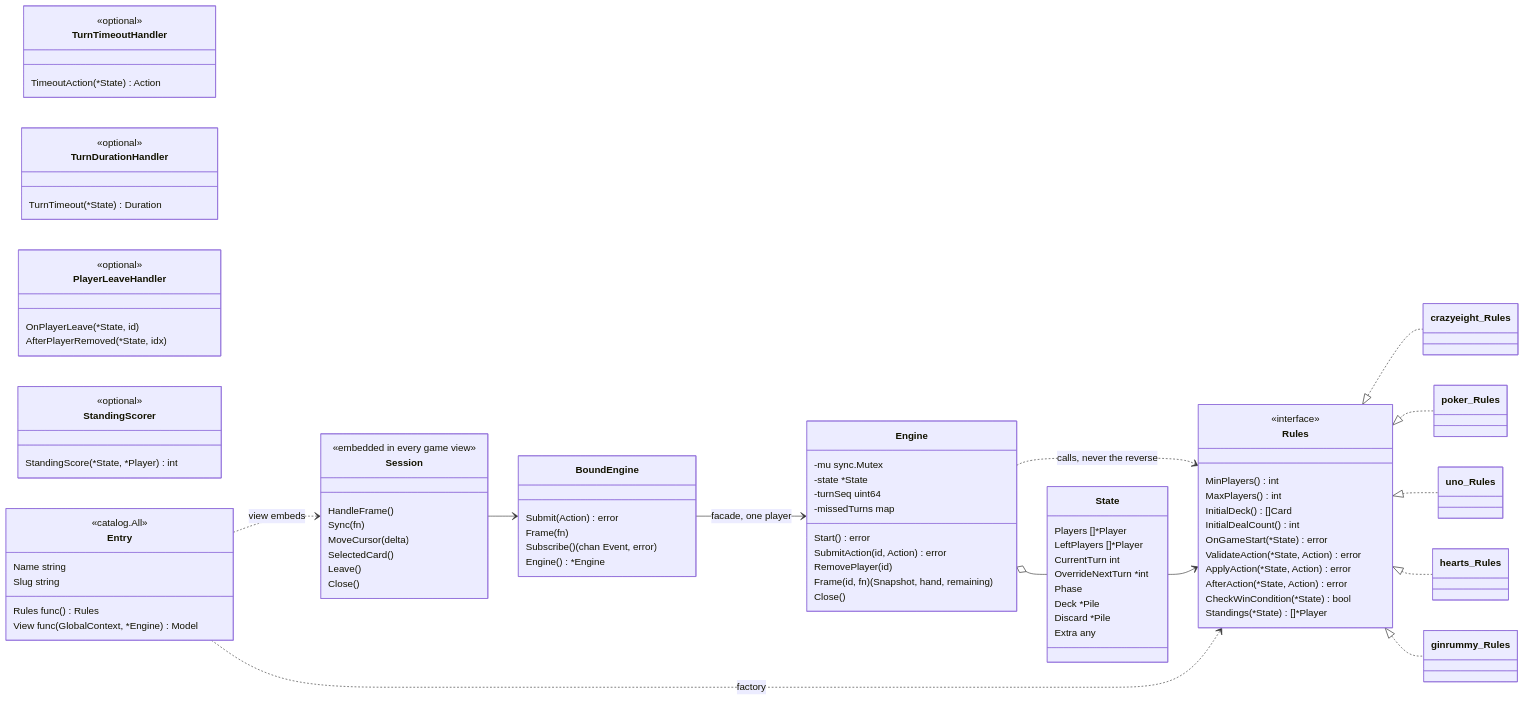
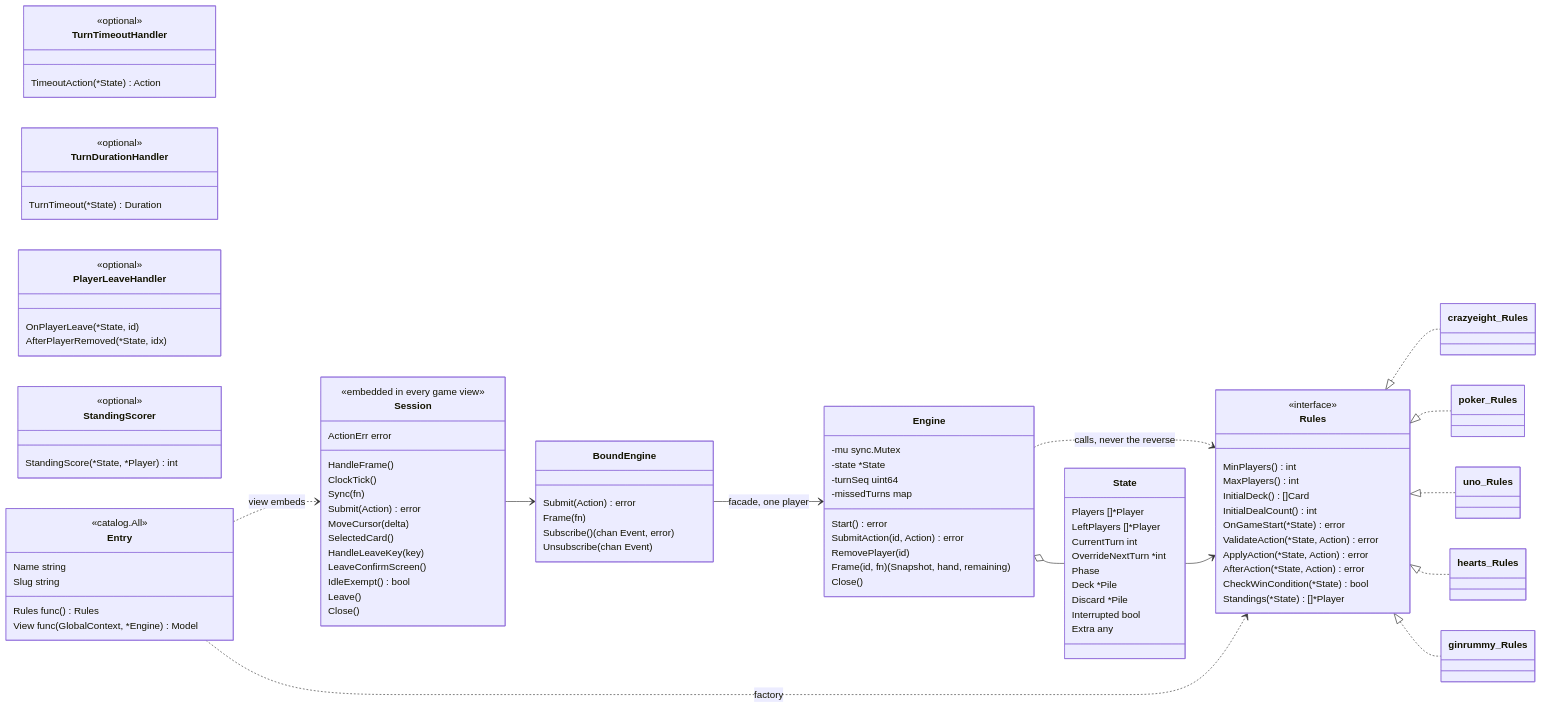
The tenth of 11 diagrams in docs/codebase-map.md (Pieczasz/terminal-card), drawn with Mermaid before and after one commit. The commit also changed other lines of this file, not shown here.

Commit message:
docs(codebase-map): refresh counts, flows, the BoundEngine and Session shapes and the lock order

```diff
--- a/docs/codebase-map.md
+++ b/docs/codebase-map.md
@@ -355,20 +368,27 @@
         Phase
         Deck *Pile
         Discard *Pile
+        Interrupted bool
         Extra any
     }
     class BoundEngine {
         Submit(Action) error
         Frame(fn)
         Subscribe() (chan Event, error)
-        Engine() *Engine
+        Unsubscribe(chan Event)
     }
     class Session {
         <<embedded in every game view>>
+        ActionErr error
         HandleFrame()
+        ClockTick()
         Sync(fn)
+        Submit(Action) error
         MoveCursor(delta)
         SelectedCard()
+        HandleLeaveKey(key)
+        LeaveConfirmScreen()
+        IdleExempt() bool
         Leave()
         Close()
     }
```
